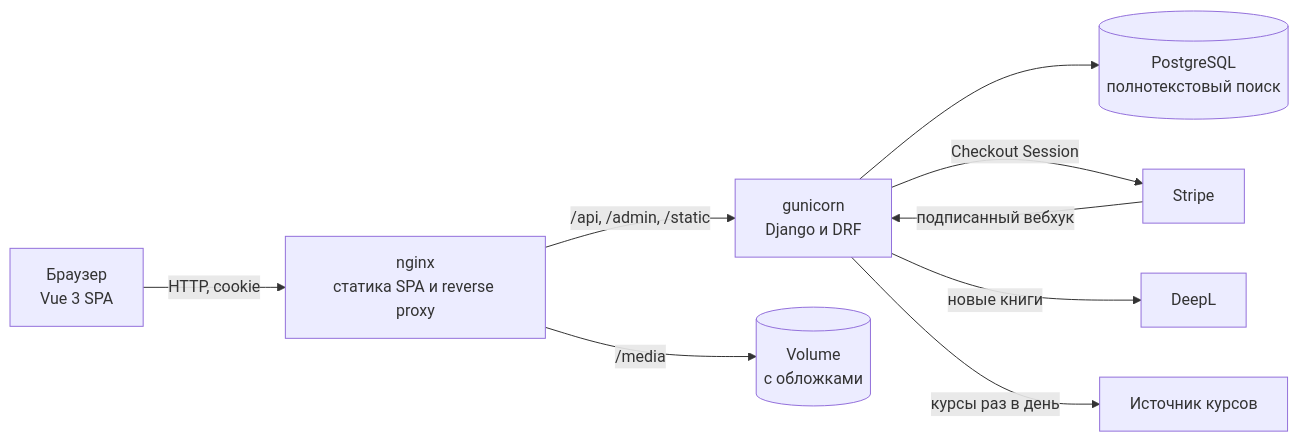
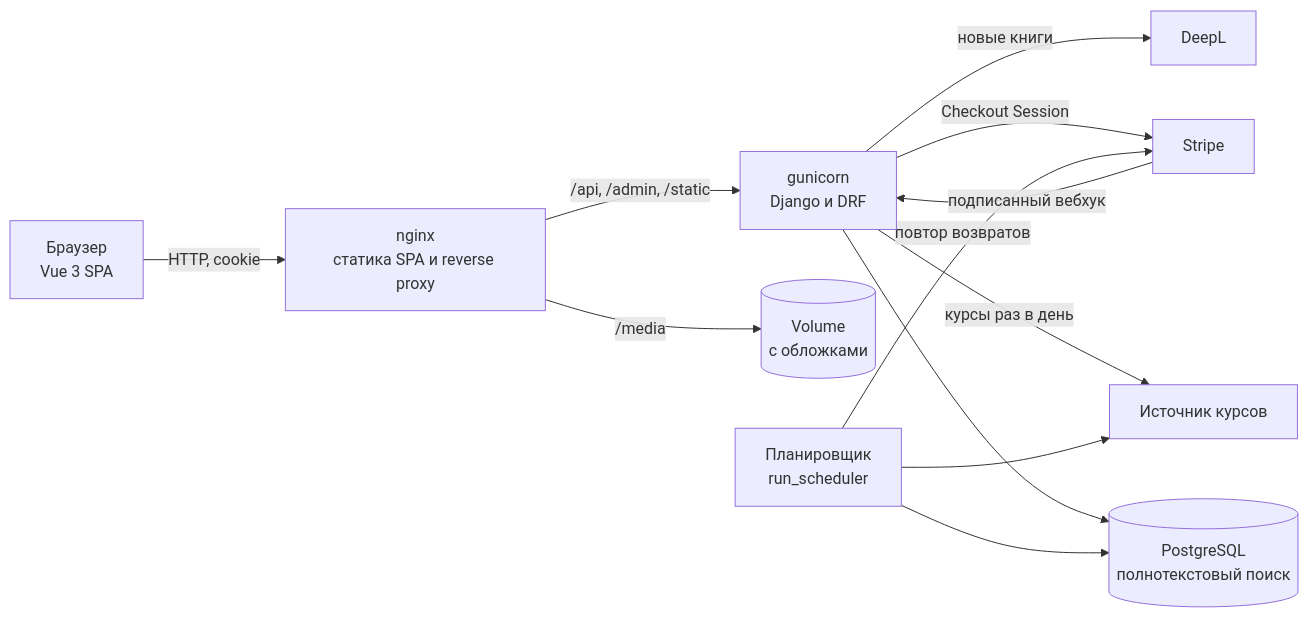
Before and after one commit to DogNellaf/verso-bookshop: the diagram in README.ru.md, drawn with Mermaid. The commit also changed other lines of this file and 3 other files, not shown here.

````diff
--- a/README.ru.md
+++ b/README.ru.md
@@ -160,11 +172,14 @@
 ```mermaid
 flowchart LR
     U[Браузер<br/>Vue 3 SPA] -->|HTTP, cookie| N[nginx<br/>статика SPA и reverse proxy]
     N -->|/api, /admin, /static| G[gunicorn<br/>Django и DRF]
     N -->|/media| M[(Volume<br/>с обложками)]
     G --> P[(PostgreSQL<br/>полнотекстовый поиск)]
     G -->|Checkout Session| S[Stripe]
     S -->|подписанный вебхук| G
     G -->|новые книги| D[DeepL]
     G -->|курсы раз в день| R[Источник курсов]
+    C[Планировщик<br/>run_scheduler] --> P
+    C --> R
+    C -->|повтор возвратов| S
 ```
````
